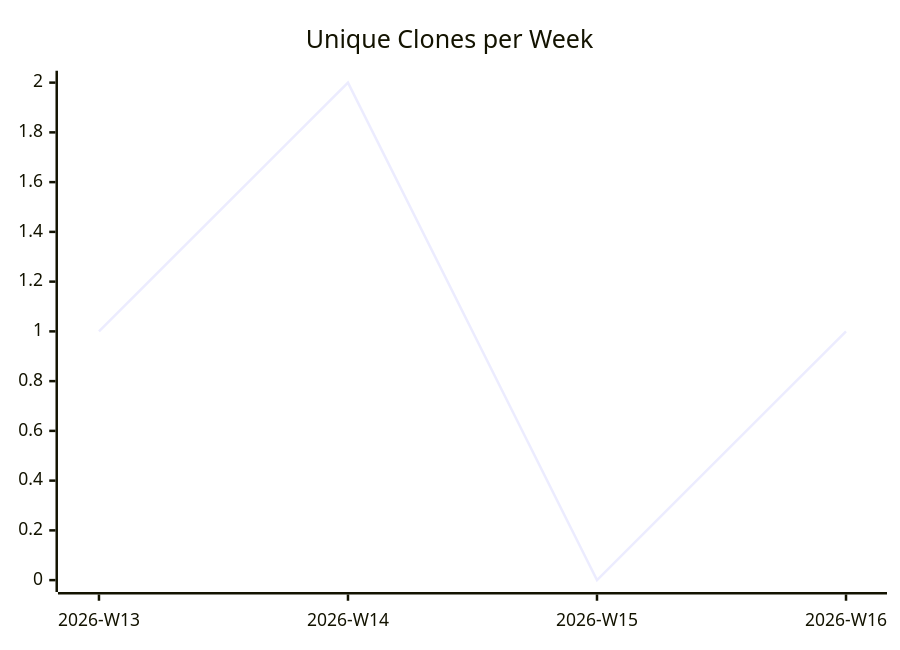
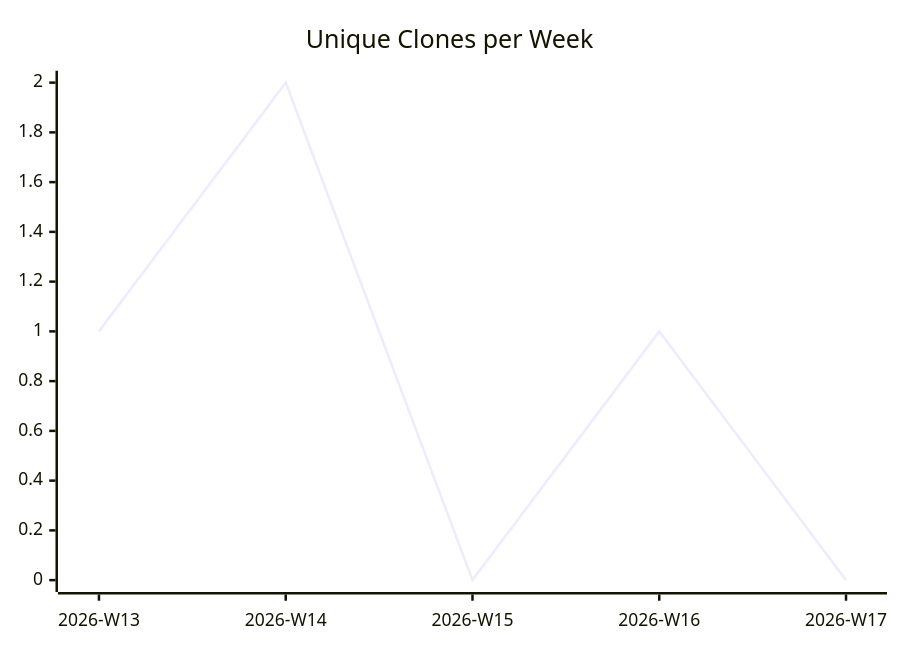
Before and after one commit to justdavis-family/github-analytics-data: the third of 3 diagrams in karlmdavis/hapi-fhir-jpaserver-starter/README.md, drawn with Mermaid. The commit also changed other lines of this file and 192 other files, not shown here.

````diff
--- a/karlmdavis/hapi-fhir-jpaserver-starter/README.md
+++ b/karlmdavis/hapi-fhir-jpaserver-starter/README.md
@@ -19,6 +19,6 @@
 ```mermaid
 xychart-beta
   title "Unique Clones per Week"
-  x-axis ["2026-W13", "2026-W14", "2026-W15", "2026-W16"]
-  line [1, 2, 0, 1]
+  x-axis ["2026-W13", "2026-W14", "2026-W15", "2026-W16", "2026-W17"]
+  line [1, 2, 0, 1, 0]
 ```
````
